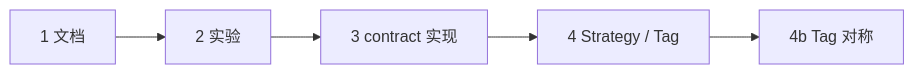
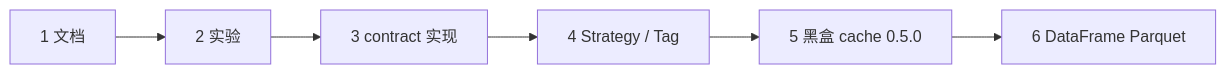
Before and after one commit to garnet1985/new-tea-quant: the diagram in core/modules/data_contract/docs/ROADMAP.md, drawn with Mermaid. The commit also changed other lines of this file and 45 other files, not shown here.

````diff
--- a/core/modules/data_contract/docs/ROADMAP.md
+++ b/core/modules/data_contract/docs/ROADMAP.md
@@ -84,7 +90,8 @@
 ```mermaid
 flowchart LR
   S1[1 文档] --> S2[2 实验]
   S2 --> S3[3 contract 实现]
   S3 --> S4[4 Strategy / Tag]
-  S4 --> S4b[4b Tag 对称]
+  S4 --> S5[5 黑盒 cache 0.5.0]
+  S5 --> S6[6 DataFrame Parquet]
 ```
````
